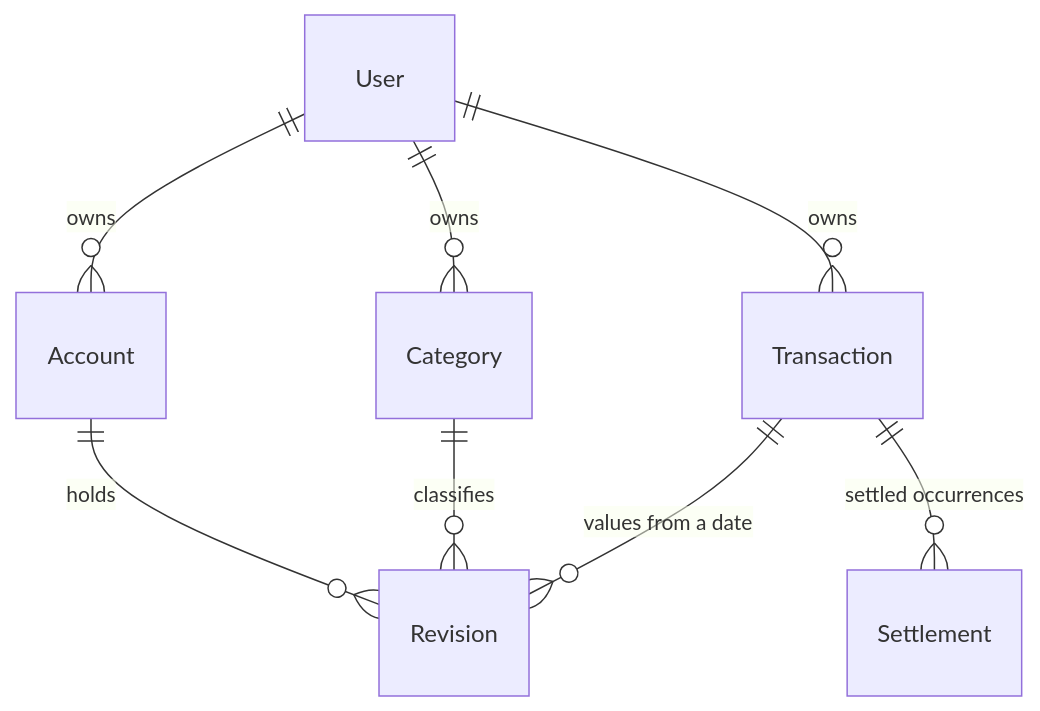
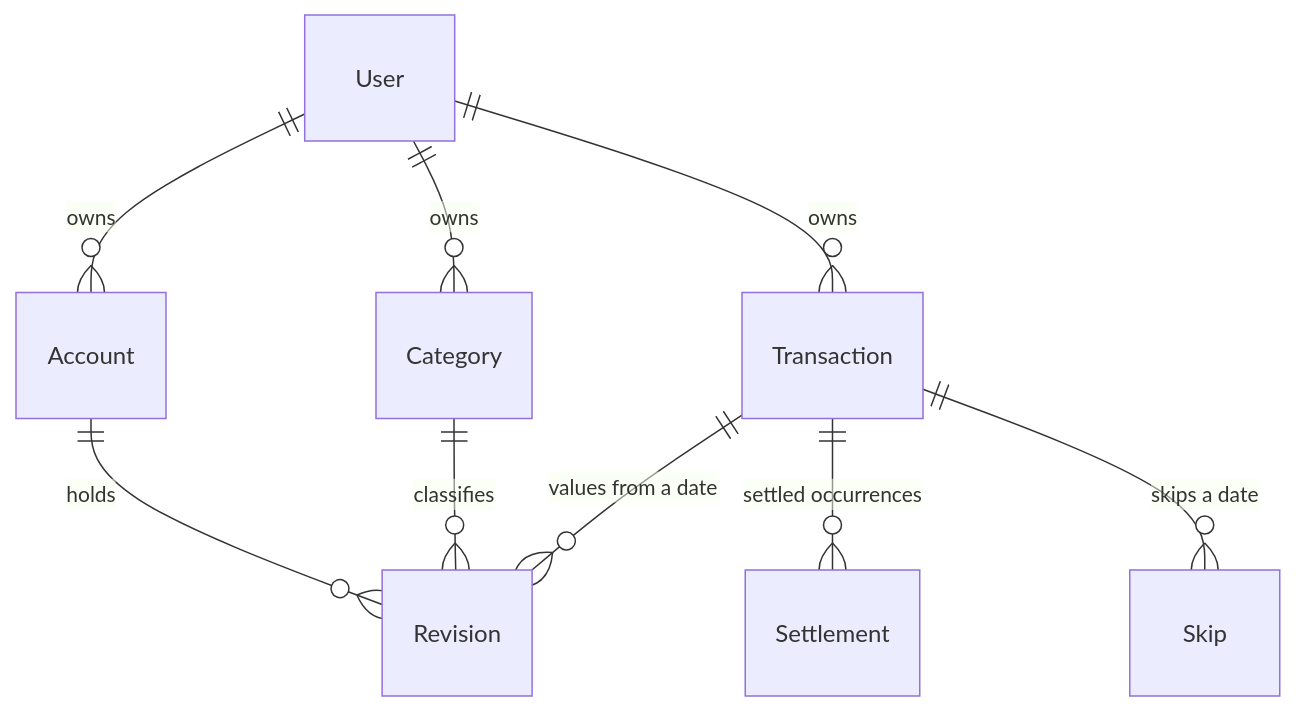
The third of 3 diagrams in .specs/features/monthly-balance/plan.md (tghcastro/capital-care-v2), drawn with Mermaid before and after one commit. The commit also changed other lines of this file and 1 other file, not shown here.

````diff
--- a/.specs/features/monthly-balance/plan.md
+++ b/.specs/features/monthly-balance/plan.md
@@ -58,10 +61,11 @@
 ```mermaid
 erDiagram
     User ||--o{ Account : owns
     User ||--o{ Category : owns
     User ||--o{ Transaction : owns
     Transaction ||--o{ Revision : "values from a date"
     Transaction ||--o{ Settlement : "settled occurrences"
+    Transaction ||--o{ Skip : "skips a date"
     Account ||--o{ Revision : "holds"
     Category ||--o{ Revision : "classifies"
 ```
````
